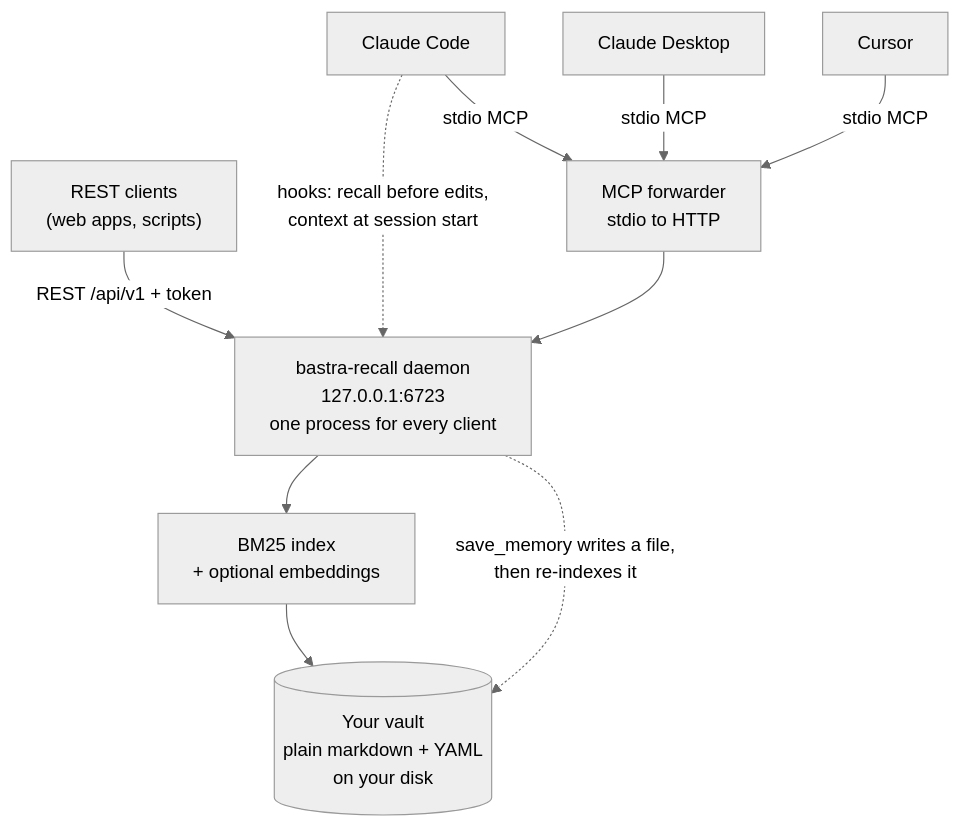
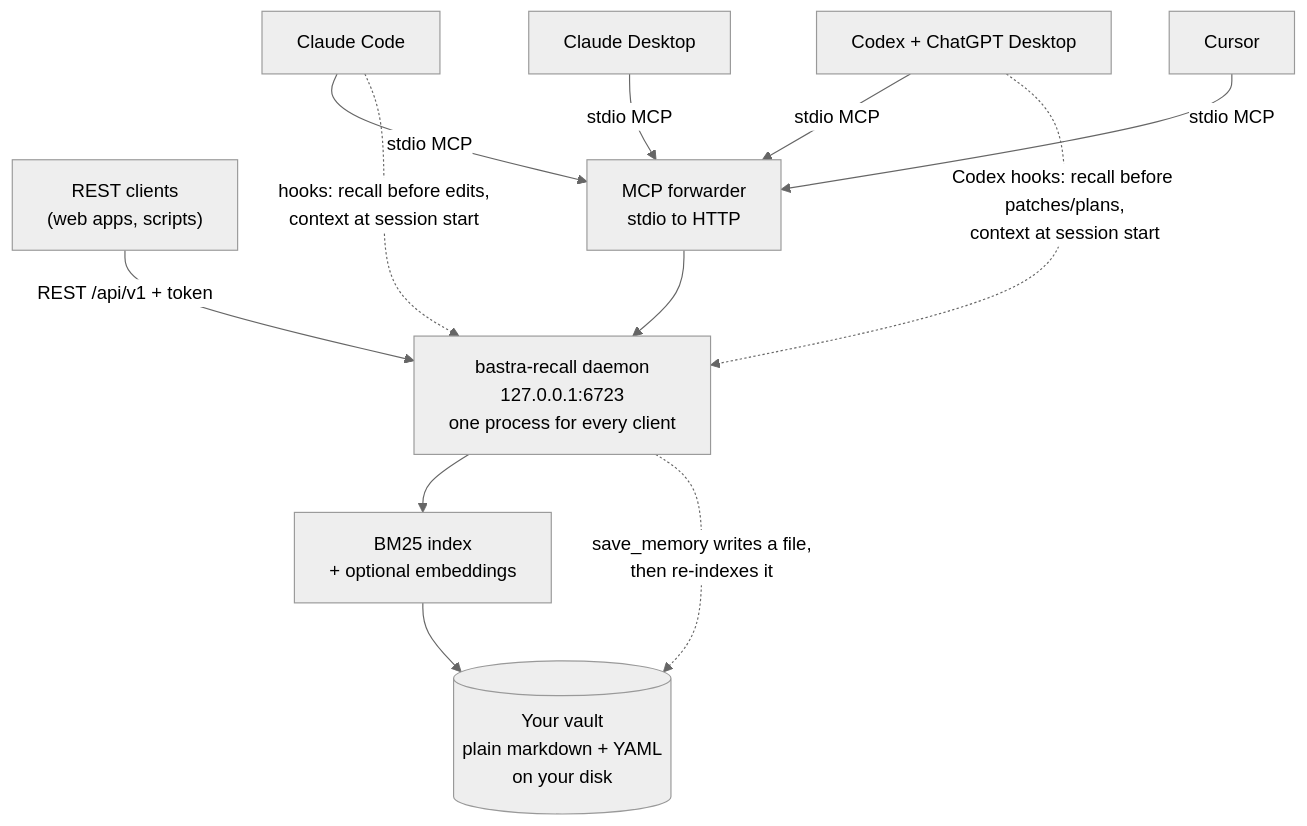
One commit to danielautoland/nexus-recall changed the first of 2 diagrams in README.md. Above: the diagram before and after it, drawn with Mermaid (neutral theme). The commit also changed other lines of this file and 54 other files, not shown here.

Commit message:
feat(cli): Codex- und ChatGPT-Desktop-Adapter ausliefern (#15)

````diff
--- a/README.md
+++ b/README.md
@@ -71,19 +71,22 @@
 ```mermaid
 flowchart TB
     CC["Claude Code"]
     CD["Claude Desktop"]
     CU["Cursor"]
+    OX["Codex + ChatGPT Desktop"]
     WEB["REST clients<br/>(web apps, scripts)"]
 
     CC -->|stdio MCP| FWD["MCP forwarder<br/>stdio to HTTP"]
     CD -->|stdio MCP| FWD
     CU -->|stdio MCP| FWD
+    OX -->|stdio MCP| FWD
     WEB -->|"REST /api/v1 + token"| D
     CC -.->|"hooks: recall before edits,<br/>context at session start"| D
+    OX -.->|"Codex hooks: recall before patches/plans,<br/>context at session start"| D
 
     FWD --> D["bastra-recall daemon<br/>127.0.0.1:6723<br/>one process for every client"]
     D --> IDX["BM25 index<br/>+ optional embeddings"]
     IDX --> V[("Your vault<br/>plain markdown + YAML<br/>on your disk")]
 
     D -.->|"save_memory writes a file,<br/>then re-indexes it"| V
 ```
````
